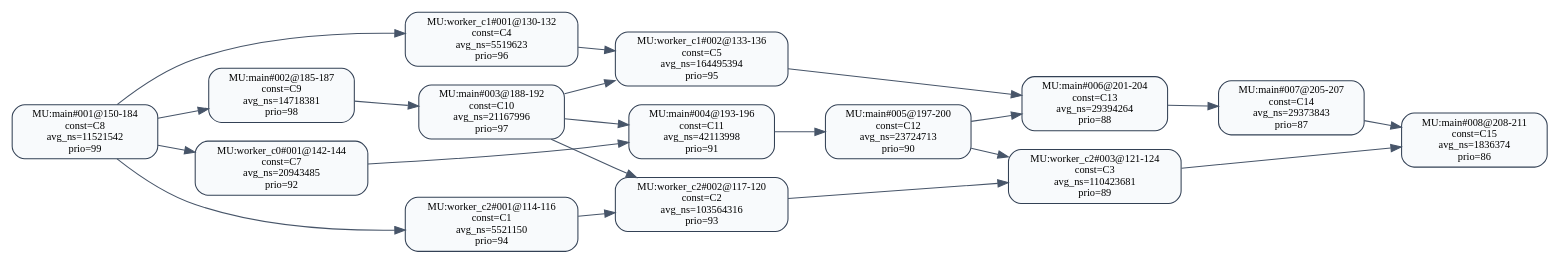
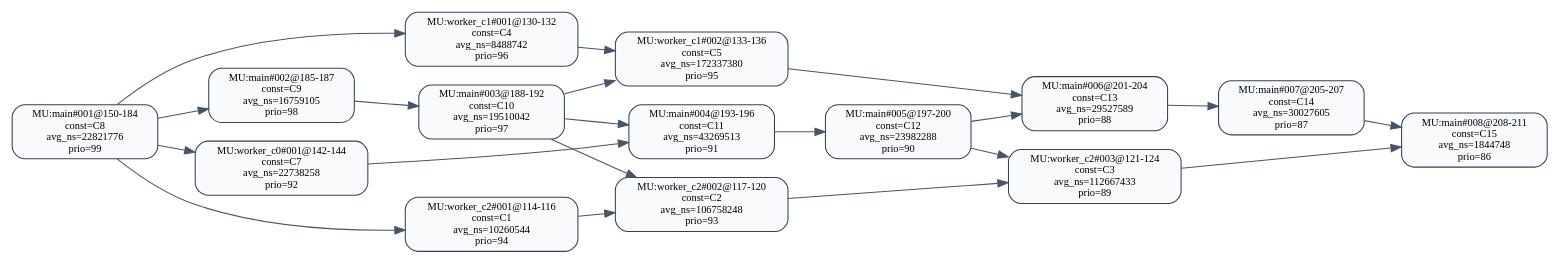
The diagram in 中间结果/zhang2/pipeline/validation/level2/effective_line_merge/heft/dag_seg_annotated.dot (RTS-SYSU/DAG-Gen), drawn with Graphviz before and after one commit. The commit also changed 1118 other files, not shown here.

```diff
--- a/中间结果/zhang2/pipeline/validation/level2/effective_line_merge/heft/dag_seg_annotated.dot
+++ b/中间结果/zhang2/pipeline/validation/level2/effective_line_merge/heft/dag_seg_annotated.dot
@@ -1,38 +1,38 @@
 digraph dag_seg_annotated {
   rankdir=LR;
   node [shape=box, style="rounded,filled", fillcolor="#F8FAFC", color="#334155", fontsize=10];
   edge [color="#475569"];
-  "MU:main#001@150-184" [label="MU:main#001@150-184\nconst=C8\navg_ns=11521542\nprio=99"];
-  "MU:main#002@185-187" [label="MU:main#002@185-187\nconst=C9\navg_ns=14718381\nprio=98"];
-  "MU:main#003@188-192" [label="MU:main#003@188-192\nconst=C10\navg_ns=21167996\nprio=97"];
-  "MU:main#004@193-196" [label="MU:main#004@193-196\nconst=C11\navg_ns=42113998\nprio=91"];
-  "MU:main#005@197-200" [label="MU:main#005@197-200\nconst=C12\navg_ns=23724713\nprio=90"];
-  "MU:main#006@201-204" [label="MU:main#006@201-204\nconst=C13\navg_ns=29394264\nprio=88"];
-  "MU:main#007@205-207" [label="MU:main#007@205-207\nconst=C14\navg_ns=29373843\nprio=87"];
-  "MU:main#008@208-211" [label="MU:main#008@208-211\nconst=C15\navg_ns=1836374\nprio=86"];
-  "MU:worker_c0#001@142-144" [label="MU:worker_c0#001@142-144\nconst=C7\navg_ns=20943485\nprio=92"];
-  "MU:worker_c1#001@130-132" [label="MU:worker_c1#001@130-132\nconst=C4\navg_ns=5519623\nprio=96"];
-  "MU:worker_c1#002@133-136" [label="MU:worker_c1#002@133-136\nconst=C5\navg_ns=164495394\nprio=95"];
-  "MU:worker_c2#001@114-116" [label="MU:worker_c2#001@114-116\nconst=C1\navg_ns=5521150\nprio=94"];
-  "MU:worker_c2#002@117-120" [label="MU:worker_c2#002@117-120\nconst=C2\navg_ns=103564316\nprio=93"];
-  "MU:worker_c2#003@121-124" [label="MU:worker_c2#003@121-124\nconst=C3\navg_ns=110423681\nprio=89"];
+  "MU:main#001@150-184" [label="MU:main#001@150-184\nconst=C8\navg_ns=22821776\nprio=99"];
+  "MU:main#002@185-187" [label="MU:main#002@185-187\nconst=C9\navg_ns=16759105\nprio=98"];
+  "MU:main#003@188-192" [label="MU:main#003@188-192\nconst=C10\navg_ns=19510042\nprio=97"];
+  "MU:main#004@193-196" [label="MU:main#004@193-196\nconst=C11\navg_ns=43269513\nprio=91"];
+  "MU:main#005@197-200" [label="MU:main#005@197-200\nconst=C12\navg_ns=23982288\nprio=90"];
+  "MU:main#006@201-204" [label="MU:main#006@201-204\nconst=C13\navg_ns=29527589\nprio=88"];
+  "MU:main#007@205-207" [label="MU:main#007@205-207\nconst=C14\navg_ns=30027605\nprio=87"];
+  "MU:main#008@208-211" [label="MU:main#008@208-211\nconst=C15\navg_ns=1844748\nprio=86"];
+  "MU:worker_c0#001@142-144" [label="MU:worker_c0#001@142-144\nconst=C7\navg_ns=22738258\nprio=92"];
+  "MU:worker_c1#001@130-132" [label="MU:worker_c1#001@130-132\nconst=C4\navg_ns=8488742\nprio=96"];
+  "MU:worker_c1#002@133-136" [label="MU:worker_c1#002@133-136\nconst=C5\navg_ns=172337380\nprio=95"];
+  "MU:worker_c2#001@114-116" [label="MU:worker_c2#001@114-116\nconst=C1\navg_ns=10260544\nprio=94"];
+  "MU:worker_c2#002@117-120" [label="MU:worker_c2#002@117-120\nconst=C2\navg_ns=106758248\nprio=93"];
+  "MU:worker_c2#003@121-124" [label="MU:worker_c2#003@121-124\nconst=C3\navg_ns=112667433\nprio=89"];
   "MU:worker_c2#001@114-116" -> "MU:worker_c2#002@117-120";
   "MU:worker_c2#002@117-120" -> "MU:worker_c2#003@121-124";
   "MU:worker_c1#001@130-132" -> "MU:worker_c1#002@133-136";
   "MU:main#001@150-184" -> "MU:main#002@185-187";
   "MU:main#002@185-187" -> "MU:main#003@188-192";
   "MU:main#003@188-192" -> "MU:main#004@193-196";
   "MU:main#004@193-196" -> "MU:main#005@197-200";
   "MU:main#005@197-200" -> "MU:main#006@201-204";
   "MU:main#006@201-204" -> "MU:main#007@205-207";
   "MU:main#007@205-207" -> "MU:main#008@208-211";
   "MU:main#001@150-184" -> "MU:worker_c0#001@142-144";
   "MU:main#001@150-184" -> "MU:worker_c1#001@130-132";
   "MU:main#001@150-184" -> "MU:worker_c2#001@114-116";
   "MU:worker_c0#001@142-144" -> "MU:main#004@193-196";
   "MU:worker_c1#002@133-136" -> "MU:main#006@201-204";
   "MU:worker_c2#003@121-124" -> "MU:main#008@208-211";
   "MU:main#003@188-192" -> "MU:worker_c2#002@117-120";
   "MU:main#005@197-200" -> "MU:worker_c2#003@121-124";
   "MU:main#003@188-192" -> "MU:worker_c1#002@133-136";
 }
```
